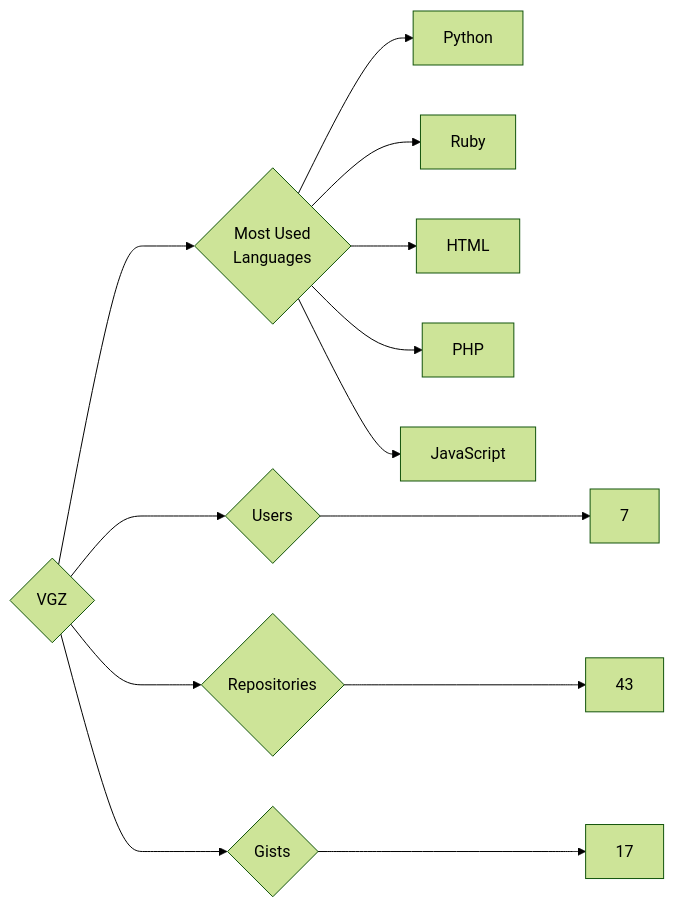
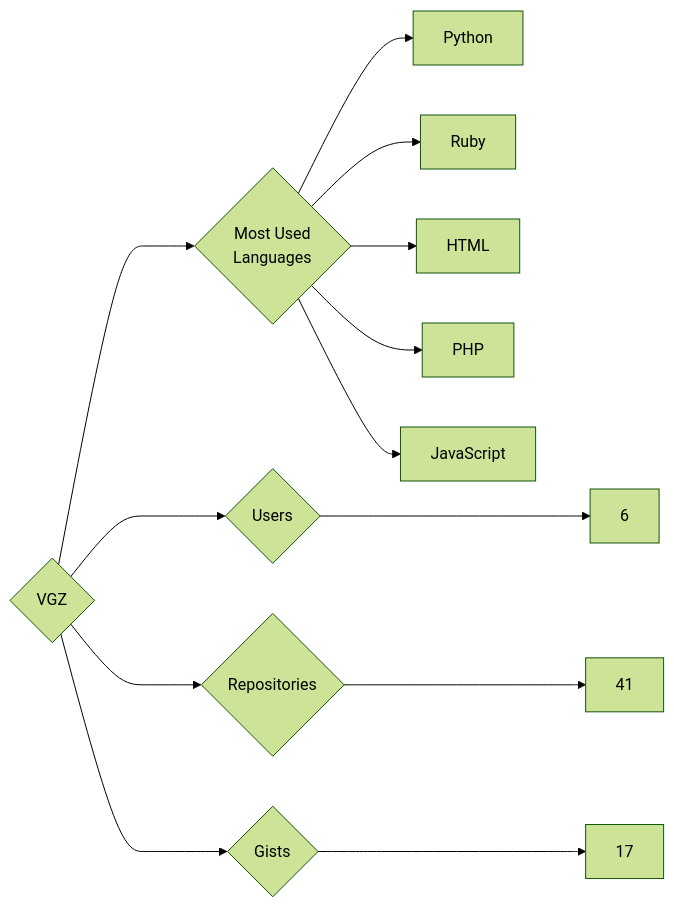
One commit to trickest/insiders changed the diagram in targets/VGZ/README.md. Above: the diagram before and after it, drawn with Mermaid (forest theme). The commit also changed 972 other files, not shown here.

````diff
--- a/targets/VGZ/README.md
+++ b/targets/VGZ/README.md
@@ -3,13 +3,13 @@
 ```mermaid
 graph LR
 COMPANY_NAME{VGZ}
-COMPANY_NAME ---> U{Users} ---> UN[7]
-COMPANY_NAME ---> R{Repositories} ---> RN[43]
+COMPANY_NAME ---> U{Users} ---> UN[6]
+COMPANY_NAME ---> R{Repositories} ---> RN[41]
 COMPANY_NAME ---> G{Gists} ---> GN[17]
 COMPANY_NAME ---> ML{Most Used<br>Languages}
 ML --> Python[Python]
 ML --> Ruby[Ruby]
 ML --> HTML[HTML]
 ML --> PHP[PHP]
 ML --> JavaScript[JavaScript]
 ```
````
